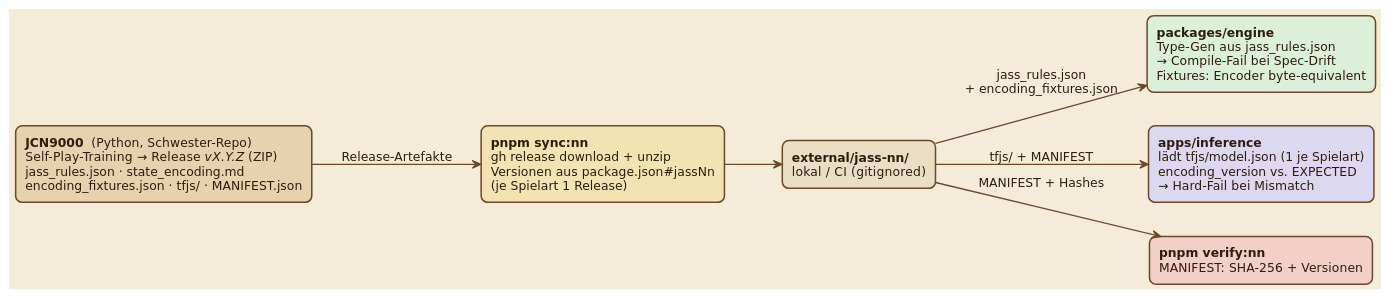
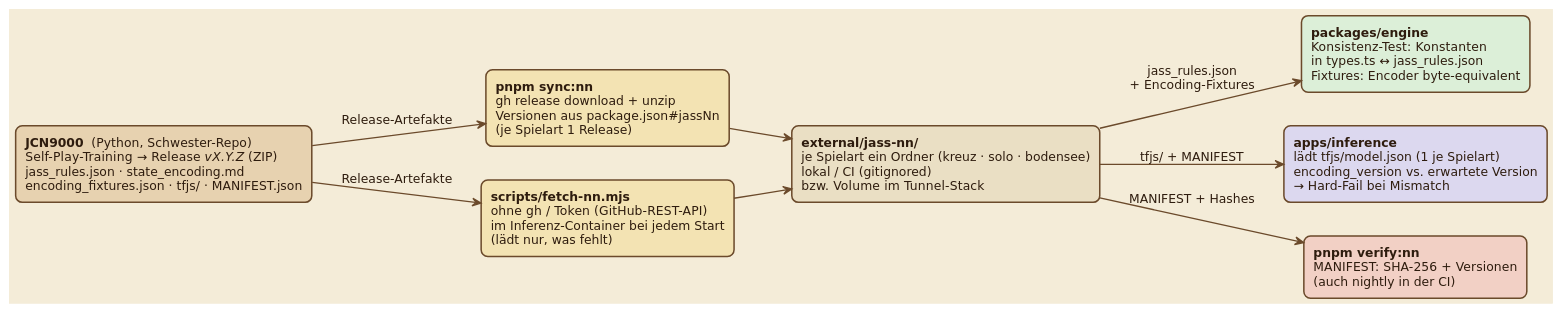
Before and after one commit to matthili/Heb_Ab-OpenSource_OnlineJass: the diagram in assets/diagrams/nn-pipeline.puml, drawn with PlantUML. The commit also changed 22 other files, not shown here.

Commit message:
docs: Markdown-Doku und Diagramme mit dem Code abgeglichen und korrigiert

```diff
--- a/assets/diagrams/nn-pipeline.puml
+++ b/assets/diagrams/nn-pipeline.puml
@@ -1,34 +1,37 @@
 @startuml nn-pipeline
 ' Helle "Karte" — lesbar auf GitHub hell wie dunkel (s. architecture.puml).
 skinparam backgroundColor #F4ECD8
 skinparam shadowing false
 skinparam defaultFontName "DejaVu Sans"
 skinparam defaultFontColor #2E1C0E
 skinparam defaultFontSize 13
 skinparam ArrowColor #6B4A2B
 skinparam ArrowThickness 1.4
 skinparam ArrowFontColor #2E1C0E
 skinparam roundCorner 14
 skinparam rectangle {
   BorderColor #6B4A2B
   BorderThickness 1.6
   FontColor #2E1C0E
 }
 left to right direction
 
 rectangle "<b>JCN9000</b>  (Python, Schwester-Repo)\nSelf-Play-Training → Release <i>vX.Y.Z</i> (ZIP)\njass_rules.json · state_encoding.md\nencoding_fixtures.json · tfjs/ · MANIFEST.json" as nn #E7D2B0
 
 rectangle "<b>pnpm sync:nn</b>\ngh release download + unzip\nVersionen aus package.json#jassNn\n(je Spielart 1 Release)" as sync #F3E3B3
+rectangle "<b>scripts/fetch-nn.mjs</b>\nohne gh / Token (GitHub-REST-API)\nim Inferenz-Container bei jedem Start\n(lädt nur, was fehlt)" as fetch #F3E3B3
 
-rectangle "<b>external/jass-nn/</b>\nlokal / CI  (gitignored)" as ext #EADFC4
+rectangle "<b>external/jass-nn/</b>\nje Spielart ein Ordner (kreuz · solo · bodensee)\nlokal / CI (gitignored)\nbzw. Volume im Tunnel-Stack" as ext #EADFC4
 
-rectangle "<b>packages/engine</b>\nType-Gen aus jass_rules.json\n→ Compile-Fail bei Spec-Drift\nFixtures: Encoder byte-equivalent" as engine #DCEFD8
-rectangle "<b>apps/inference</b>\nlädt tfjs/model.json (1 je Spielart)\nencoding_version vs. EXPECTED\n→ Hard-Fail bei Mismatch" as inf #DCD8EF
-rectangle "<b>pnpm verify:nn</b>\nMANIFEST: SHA-256 + Versionen" as verify #F2D0C5
+rectangle "<b>packages/engine</b>\nKonsistenz-Test: Konstanten\nin types.ts ↔ jass_rules.json\nFixtures: Encoder byte-equivalent" as engine #DCEFD8
+rectangle "<b>apps/inference</b>\nlädt tfjs/model.json (1 je Spielart)\nencoding_version vs. erwartete Version\n→ Hard-Fail bei Mismatch" as inf #DCD8EF
+rectangle "<b>pnpm verify:nn</b>\nMANIFEST: SHA-256 + Versionen\n(auch nightly in der CI)" as verify #F2D0C5
 
 nn --> sync : Release-Artefakte
+nn --> fetch : Release-Artefakte
 sync --> ext
-ext --> engine : jass_rules.json\n+ encoding_fixtures.json
+fetch --> ext
+ext --> engine : jass_rules.json\n+ Encoding-Fixtures
 ext --> inf : tfjs/ + MANIFEST
 ext --> verify : MANIFEST + Hashes
 @enduml
```
